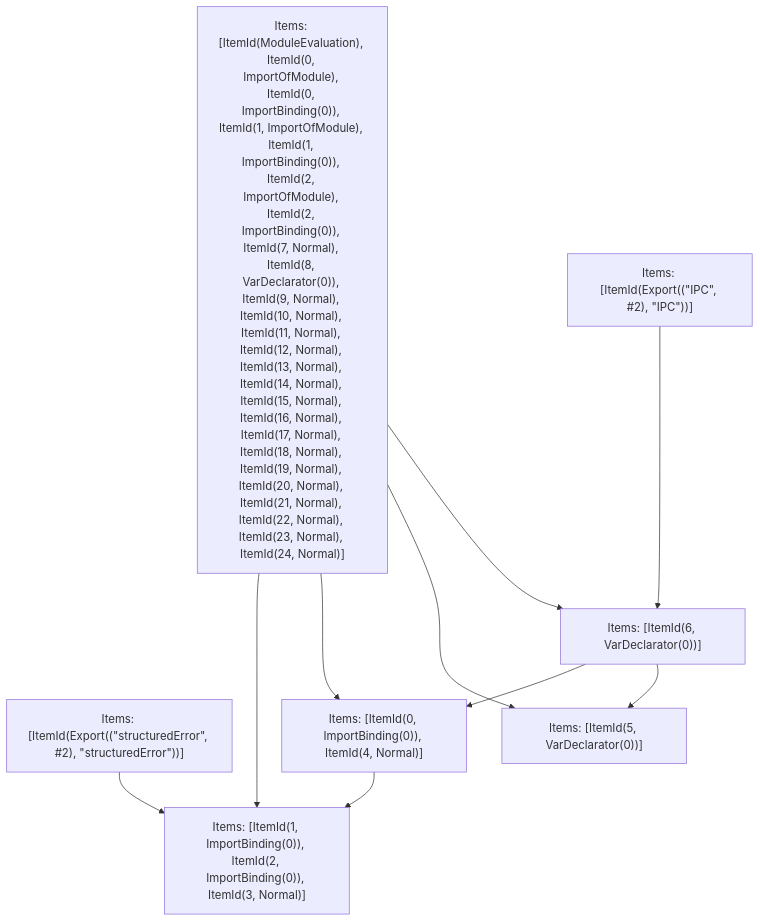
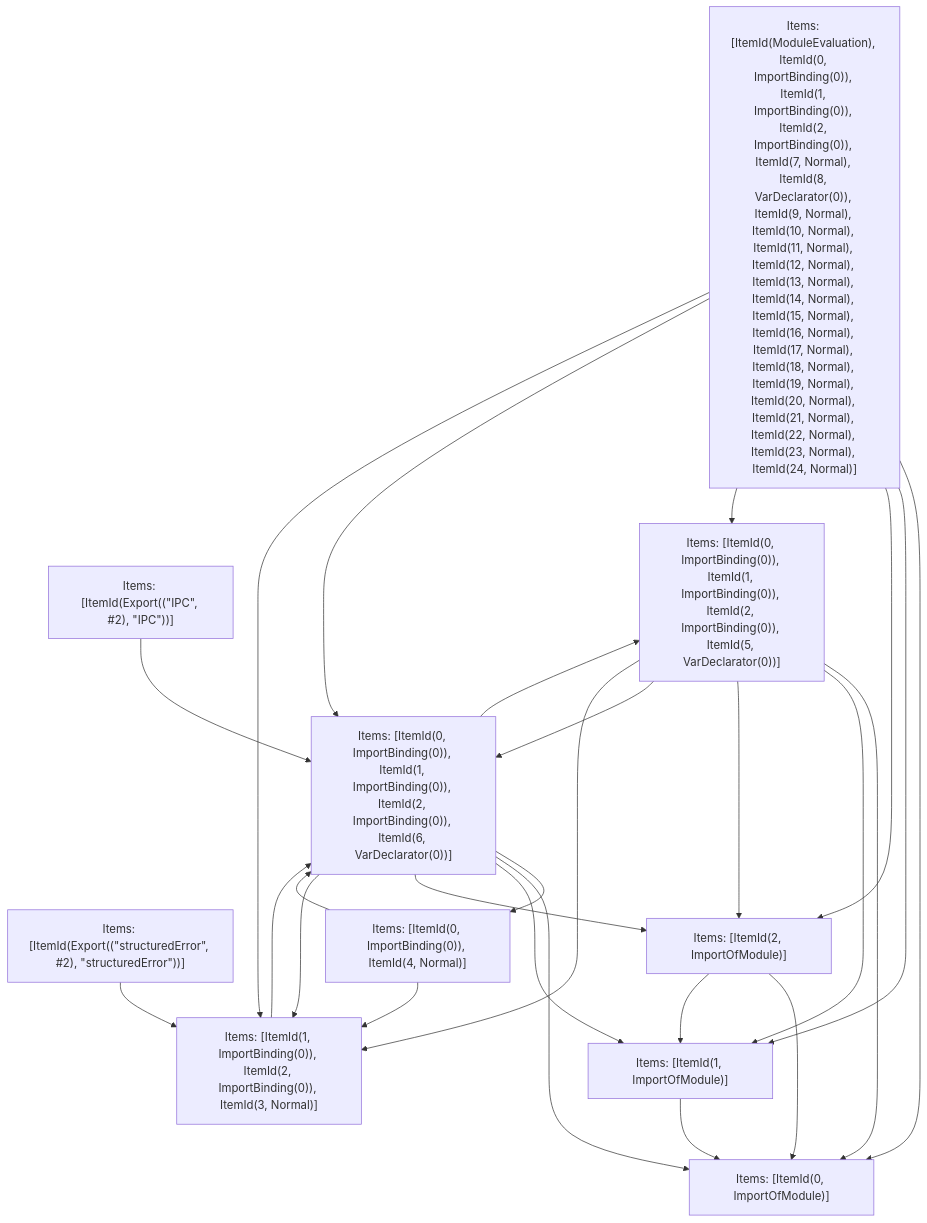
One commit to vercel/turborepo changed the fifth of 5 diagrams in crates/turbopack-ecmascript/tests/tree-shaker/analyzer/failed-3/output.md. Above: the diagram before and after it, drawn with Mermaid. The commit also changed other lines of this file and 12 other files, not shown here.

````diff
--- a/crates/turbopack-ecmascript/tests/tree-shaker/analyzer/failed-3/output.md
+++ b/crates/turbopack-ecmascript/tests/tree-shaker/analyzer/failed-3/output.md
@@ -1556,19 +1604,38 @@
 ```mermaid
 graph TD
-    N0["Items: [ItemId(ModuleEvaluation), ItemId(0, ImportOfModule), ItemId(0, ImportBinding(0)), ItemId(1, ImportOfModule), ItemId(1, ImportBinding(0)), ItemId(2, ImportOfModule), ItemId(2, ImportBinding(0)), ItemId(7, Normal), ItemId(8, VarDeclarator(0)), ItemId(9, Normal), ItemId(10, Normal), ItemId(11, Normal), ItemId(12, Normal), ItemId(13, Normal), ItemId(14, Normal), ItemId(15, Normal), ItemId(16, Normal), ItemId(17, Normal), ItemId(18, Normal), ItemId(19, Normal), ItemId(20, Normal), ItemId(21, Normal), ItemId(22, Normal), ItemId(23, Normal), ItemId(24, Normal)]"];
+    N0["Items: [ItemId(ModuleEvaluation), ItemId(0, ImportBinding(0)), ItemId(1, ImportBinding(0)), ItemId(2, ImportBinding(0)), ItemId(7, Normal), ItemId(8, VarDeclarator(0)), ItemId(9, Normal), ItemId(10, Normal), ItemId(11, Normal), ItemId(12, Normal), ItemId(13, Normal), ItemId(14, Normal), ItemId(15, Normal), ItemId(16, Normal), ItemId(17, Normal), ItemId(18, Normal), ItemId(19, Normal), ItemId(20, Normal), ItemId(21, Normal), ItemId(22, Normal), ItemId(23, Normal), ItemId(24, Normal)]"];
     N1["Items: [ItemId(Export((&quot;structuredError&quot;, #2), &quot;structuredError&quot;))]"];
     N2["Items: [ItemId(Export((&quot;IPC&quot;, #2), &quot;IPC&quot;))]"];
-    N3["Items: [ItemId(1, ImportBinding(0)), ItemId(2, ImportBinding(0)), ItemId(3, Normal)]"];
-    N4["Items: [ItemId(0, ImportBinding(0)), ItemId(4, Normal)]"];
-    N5["Items: [ItemId(5, VarDeclarator(0))]"];
-    N6["Items: [ItemId(6, VarDeclarator(0))]"];
+    N3["Items: [ItemId(0, ImportOfModule)]"];
+    N4["Items: [ItemId(1, ImportOfModule)]"];
+    N5["Items: [ItemId(2, ImportOfModule)]"];
+    N6["Items: [ItemId(1, ImportBinding(0)), ItemId(2, ImportBinding(0)), ItemId(3, Normal)]"];
+    N7["Items: [ItemId(0, ImportBinding(0)), ItemId(4, Normal)]"];
+    N8["Items: [ItemId(0, ImportBinding(0)), ItemId(1, ImportBinding(0)), ItemId(2, ImportBinding(0)), ItemId(5, VarDeclarator(0))]"];
+    N9["Items: [ItemId(0, ImportBinding(0)), ItemId(1, ImportBinding(0)), ItemId(2, ImportBinding(0)), ItemId(6, VarDeclarator(0))]"];
     N0 --> N3;
     N0 --> N4;
     N0 --> N5;
+    N0 --> N8;
+    N0 --> N9;
     N0 --> N6;
-    N1 --> N3;
-    N2 --> N6;
+    N1 --> N6;
+    N2 --> N9;
     N4 --> N3;
-    N6 --> N4;
-    N6 --> N5;
+    N5 --> N3;
+    N5 --> N4;
+    N6 --> N9;
+    N7 --> N9;
+    N7 --> N6;
+    N8 --> N3;
+    N8 --> N4;
+    N8 --> N5;
+    N8 --> N9;
+    N8 --> N6;
+    N9 --> N7;
+    N9 --> N8;
+    N9 --> N3;
+    N9 --> N4;
+    N9 --> N5;
+    N9 --> N6;
 ```
````
